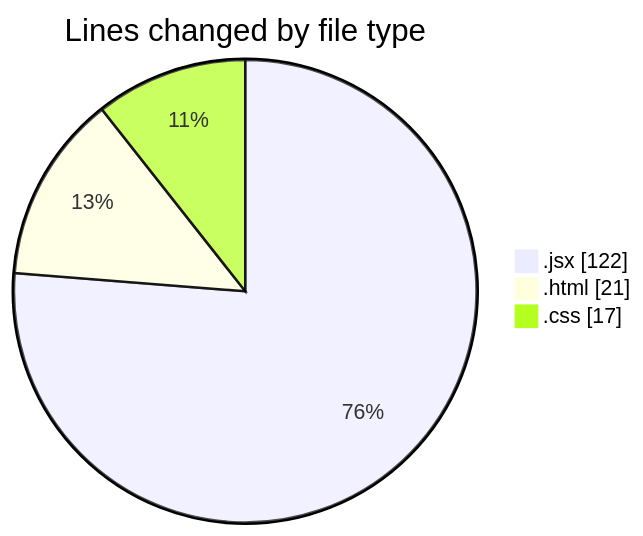
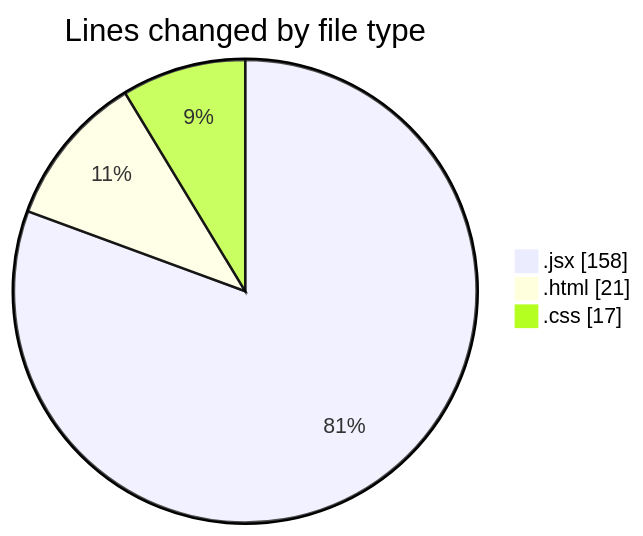
The first of 2 diagrams in 2025-02-13/elitegpt/README.md (Elitesun/code-tracking), drawn with Mermaid before and after one commit. The commit also changed other lines of this file and 1 other file, not shown here.

````diff
--- a/2025-02-13/elitegpt/README.md
+++ b/2025-02-13/elitegpt/README.md
@@ -25,7 +26,7 @@
 ```mermaid
 pie showData
 title Lines changed by file type
-".jsx" : 122
+".jsx" : 158
 ".html" : 21
 ".css" : 17
 ```
````
